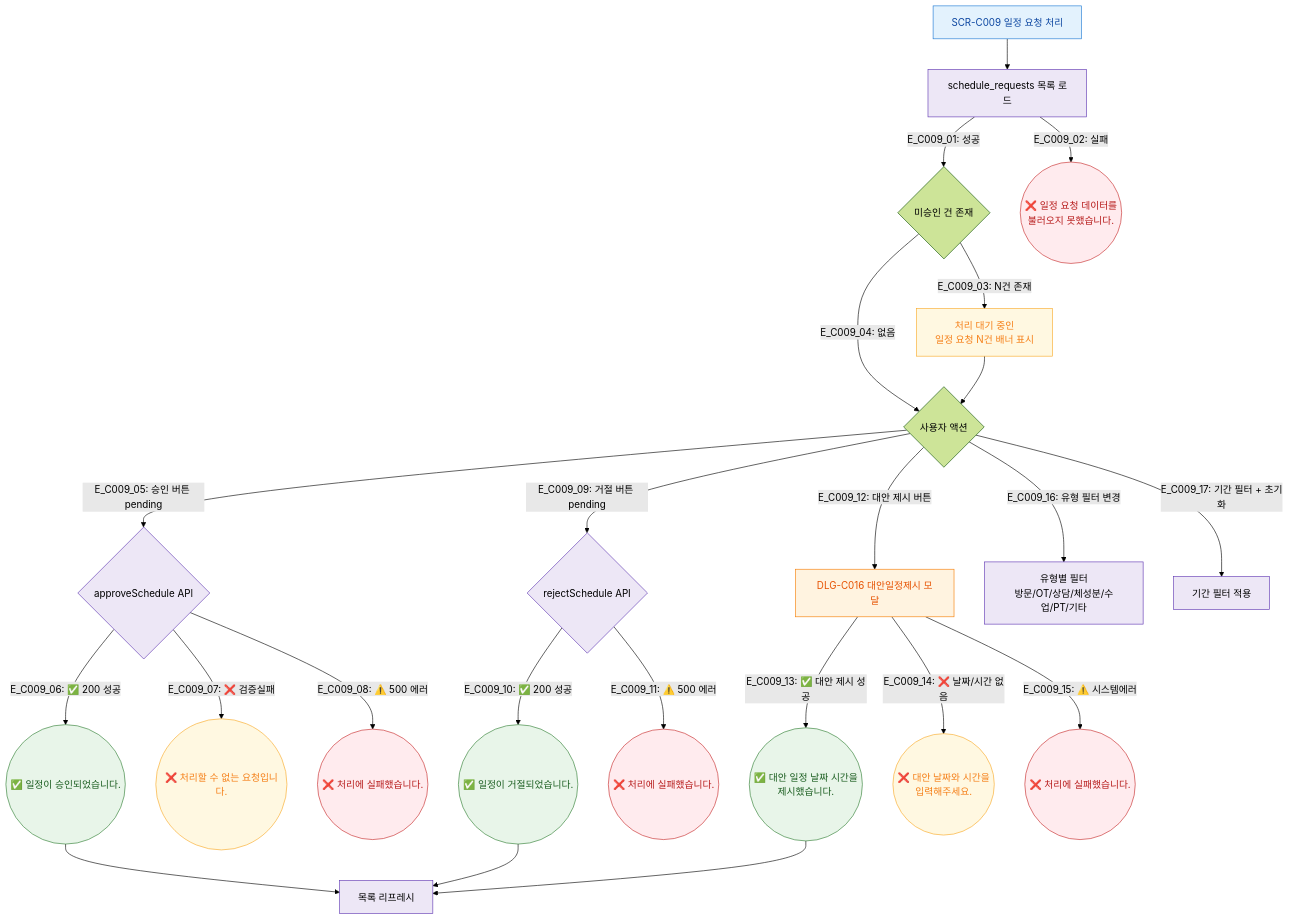
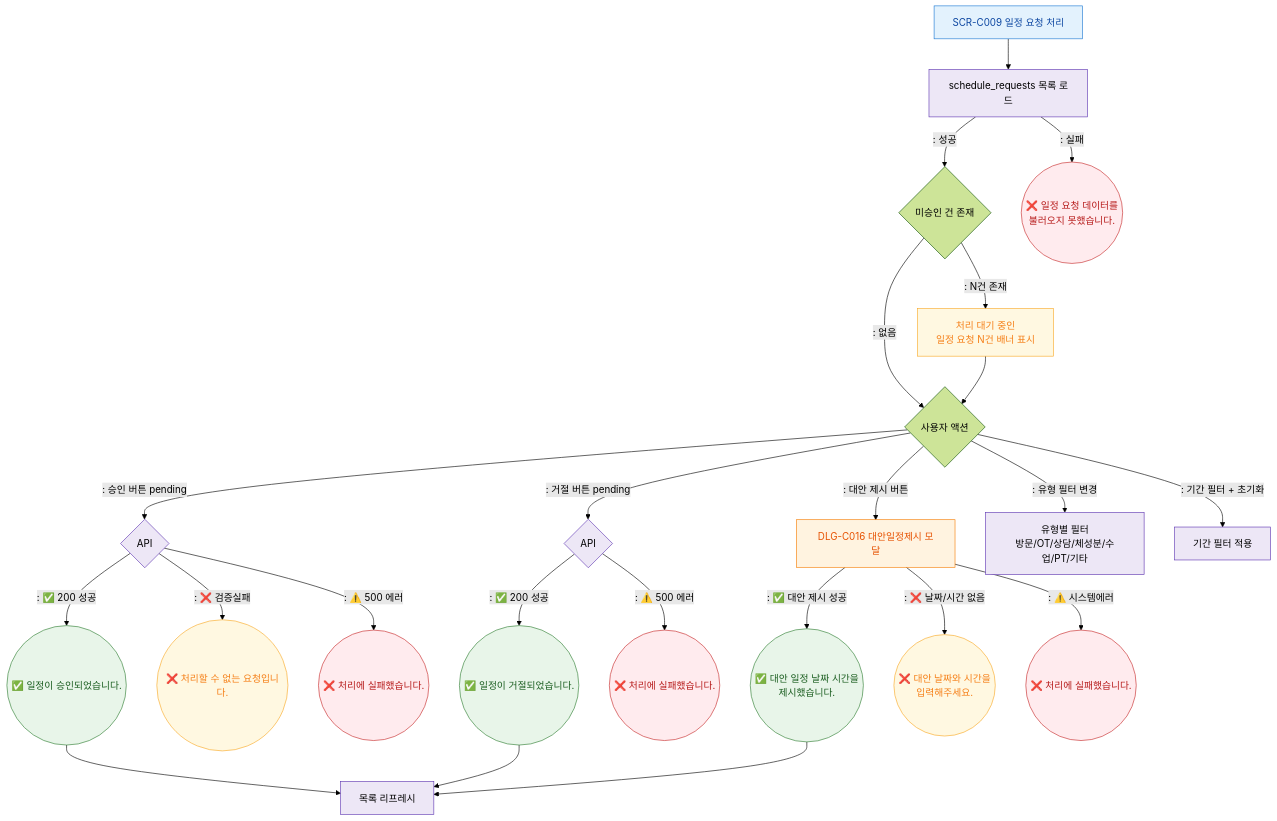
The diagram in docs/다이어그램/D04_수업관리/SCR-C009_일정요청처리/F2_메인.md (dev-spogym/admin-pando), drawn with Mermaid (forest theme) before and after one commit. The commit also changed other lines of this file and 1660 other files, not shown here.

First line of the commit message:
다이어그램: 기획자/클라이언트 납품본으로 정리

````diff
--- a/docs/다이어그램/D04_수업관리/SCR-C009_일정요청처리/F2_메인.md
+++ b/docs/다이어그램/D04_수업관리/SCR-C009_일정요청처리/F2_메인.md
@@ -20,43 +18,43 @@
 ```mermaid
 flowchart TD
   SCR_C009[SCR-C009 일정 요청 처리] --> LoadData[schedule_requests 목록 로드]
-  LoadData -->|"E_C009_01: 성공"| PendingCheck{미승인 건 존재}
-  LoadData -->|"E_C009_02: 실패"| ErrLoad((❌ 일정 요청 데이터를\n불러오지 못했습니다.))
+  LoadData -->|": 성공"|PendingCheck{미승인 건 존재}
+  LoadData -->|": 실패"|ErrLoad((❌ 일정 요청 데이터를\n불러오지 못했습니다.))
 
-  PendingCheck -->|"E_C009_03: N건 존재"| PendingBanner[처리 대기 중인\n일정 요청 N건 배너 표시]
-  PendingCheck -->|"E_C009_04: 없음"| Ready{사용자 액션}
+  PendingCheck -->|": N건 존재"|PendingBanner[처리 대기 중인\n일정 요청 N건 배너 표시]
+  PendingCheck -->|": 없음"|Ready{사용자 액션}
   PendingBanner --> Ready
 
-  Ready -->|"E_C009_05: 승인 버튼 pending"| ApproveAPI{approveSchedule API}
-  ApproveAPI -->|"E_C009_06: ✅ 200 성공"| Toast_Approve((✅ 일정이 승인되었습니다.))
-  ApproveAPI -->|"E_C009_07: ❌ 검증실패"| Toast_VErr((❌ 처리할 수 없는 요청입니다.))
-  ApproveAPI -->|"E_C009_08: ⚠️ 500 에러"| Toast_AErr((❌ 처리에 실패했습니다.))
+  Ready -->|": 승인 버튼 pending"|ApproveAPI{API}
+  ApproveAPI -->|": ✅ 200 성공"|Toast_Approve((✅ 일정이 승인되었습니다.))
+  ApproveAPI -->|": ❌ 검증실패"|Toast_VErr((❌ 처리할 수 없는 요청입니다.))
+  ApproveAPI -->|": ⚠️ 500 에러"|Toast_AErr((❌ 처리에 실패했습니다.))
   Toast_Approve --> Refresh[목록 리프레시]
 
-  Ready -->|"E_C009_09: 거절 버튼 pending"| RejectAPI{rejectSchedule API}
-  RejectAPI -->|"E_C009_10: ✅ 200 성공"| Toast_Reject((✅ 일정이 거절되었습니다.))
-  RejectAPI -->|"E_C009_11: ⚠️ 500 에러"| Toast_RErr((❌ 처리에 실패했습니다.))
+  Ready -->|": 거절 버튼 pending"|RejectAPI{API}
+  RejectAPI -->|": ✅ 200 성공"|Toast_Reject((✅ 일정이 거절되었습니다.))
+  RejectAPI -->|": ⚠️ 500 에러"|Toast_RErr((❌ 처리에 실패했습니다.))
   Toast_Reject --> Refresh
 
-  Ready -->|"E_C009_12: 대안 제시 버튼"| DLG_C016[DLG-C016 대안일정제시 모달]
-  DLG_C016 -->|"E_C009_13: ✅ 대안 제시 성공"| Toast_Alt((✅ 대안 일정 날짜 시간을\n제시했습니다.))
-  DLG_C016 -->|"E_C009_14: ❌ 날짜/시간 없음"| Toast_VErr2((❌ 대안 날짜와 시간을\n입력해주세요.))
-  DLG_C016 -->|"E_C009_15: ⚠️ 시스템에러"| Toast_AltErr((❌ 처리에 실패했습니다.))
+  Ready -->|": 대안 제시 버튼"|DLG_C016[DLG-C016 대안일정제시 모달]
+  DLG_C016 -->|": ✅ 대안 제시 성공"|Toast_Alt((✅ 대안 일정 날짜 시간을\n제시했습니다.))
+  DLG_C016 -->|": ❌ 날짜/시간 없음"|Toast_VErr2((❌ 대안 날짜와 시간을\n입력해주세요.))
+  DLG_C016 -->|": ⚠️ 시스템에러"|Toast_AltErr((❌ 처리에 실패했습니다.))
   Toast_Alt --> Refresh
 
-  Ready -->|"E_C009_16: 유형 필터 변경"| FilterType[유형별 필터\n방문/OT/상담/체성분/수업/PT/기타]
-  Ready -->|"E_C009_17: 기간 필터 + 초기화"| FilterDate[기간 필터 적용]
+  Ready -->|": 유형 필터 변경"|FilterType[유형별 필터\n방문/OT/상담/체성분/수업/PT/기타]
+  Ready -->|": 기간 필터 + 초기화"|FilterDate[기간 필터 적용]
 
   classDef screen fill:#E3F2FD,stroke:#1976D2,color:#0D47A1
   classDef modal fill:#FFF3E0,stroke:#F57C00,color:#E65100
   classDef system fill:#EDE7F6,stroke:#5E35B2
   classDef success fill:#E8F5E9,stroke:#2E7D32,color:#1B5E20
   classDef error fill:#FFEBEE,stroke:#C62828,color:#B71C1C
   classDef warning fill:#FFF8E1,stroke:#F9A825,color:#F57F17
   class SCR_C009 screen
   class DLG_C016 modal
   class LoadData,ApproveAPI,RejectAPI,Refresh,FilterType,FilterDate system
   class Toast_Approve,Toast_Reject,Toast_Alt success
   class ErrLoad,Toast_AErr,Toast_RErr,Toast_AltErr error
   class PendingBanner,Toast_VErr,Toast_VErr2 warning
 ```
````
